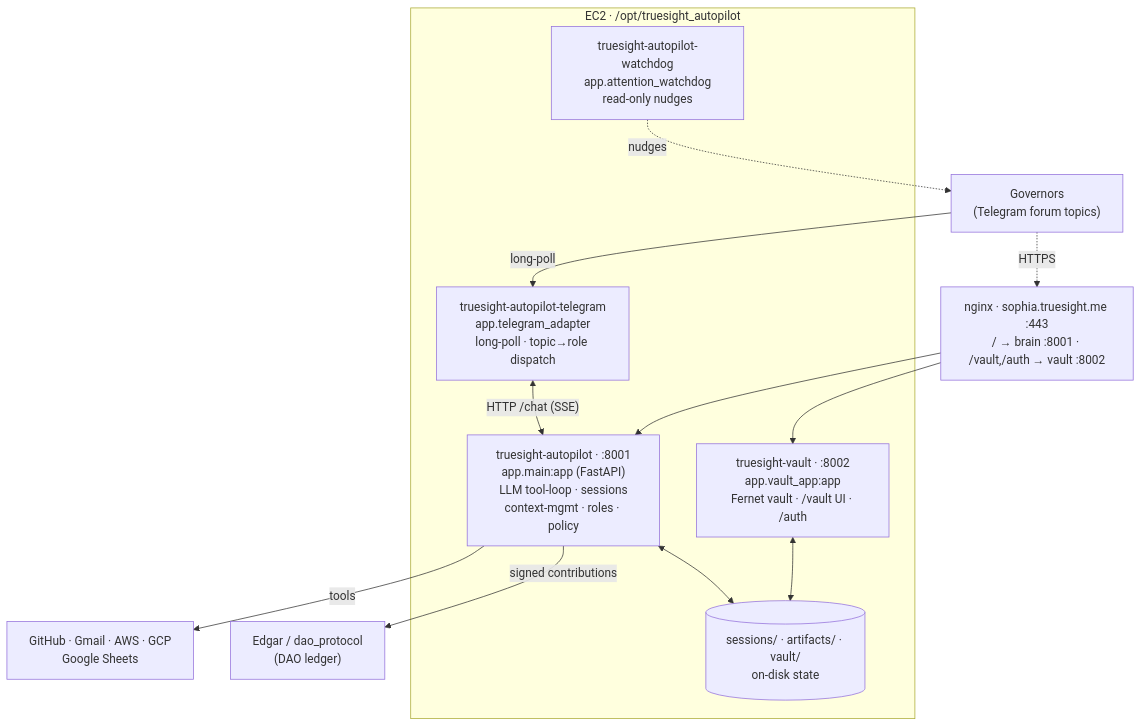
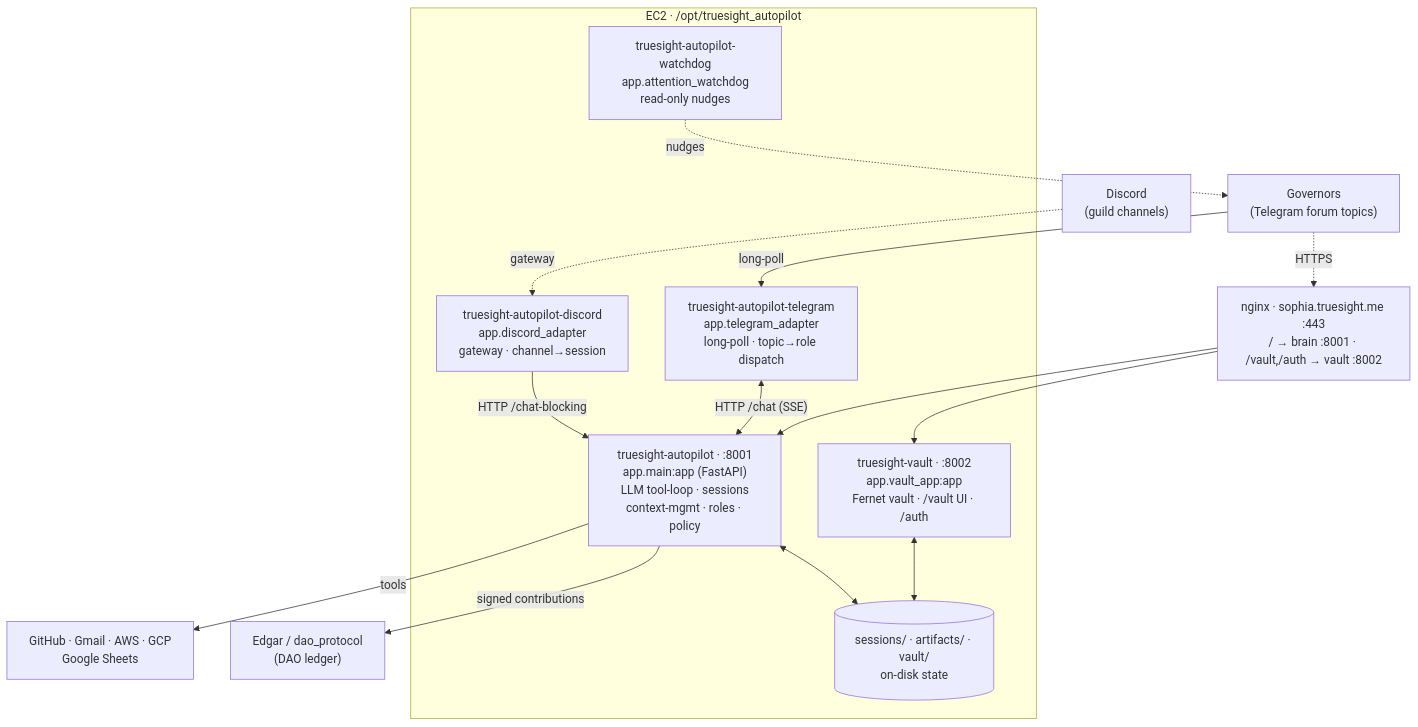
One commit to TrueSightDAO/truesight_autopilot changed the diagram in README.md. Above: the diagram before and after it, drawn with Mermaid. The commit also changed other lines of this file, not shown here.

Commit message:
docs: add Discord adapter to README service table, diagram, layout (#429)

````diff
--- a/README.md
+++ b/README.md
@@ -49,25 +53,28 @@
 ```mermaid
 flowchart TB
     G["Governors<br/>(Telegram forum topics)"]
     NGINX["nginx · sophia.truesight.me :443<br/>/ → brain :8001 · /vault,/auth → vault :8002"]
     subgraph BOX["EC2 · /opt/truesight_autopilot"]
         ADAPTER["truesight-autopilot-telegram<br/>app.telegram_adapter<br/>long-poll · topic→role dispatch"]
+        DISCORD["truesight-autopilot-discord<br/>app.discord_adapter<br/>gateway · channel→session"]
         BRAIN["truesight-autopilot · :8001<br/>app.main:app (FastAPI)<br/>LLM tool-loop · sessions<br/>context-mgmt · roles · policy"]
         WATCH["truesight-autopilot-watchdog<br/>app.attention_watchdog<br/>read-only nudges"]
         VAULT["truesight-vault · :8002<br/>app.vault_app:app<br/>Fernet vault · /vault UI · /auth"]
         DATA[("sessions/ · artifacts/ · vault/<br/>on-disk state")]
     end
     EXT["GitHub · Gmail · AWS · GCP<br/>Google Sheets"]
     EDGAR["Edgar / dao_protocol<br/>(DAO ledger)"]
 
     G -->|long-poll| ADAPTER
+    D["Discord<br/>(guild channels)"] -.->|gateway| DISCORD
     ADAPTER <-->|"HTTP /chat (SSE)"| BRAIN
+    DISCORD -->|"HTTP /chat-blocking"| BRAIN
     G -.->|HTTPS| NGINX
     NGINX --> BRAIN
     NGINX --> VAULT
     BRAIN -->|tools| EXT
     BRAIN -->|signed contributions| EDGAR
     BRAIN <--> DATA
     VAULT <--> DATA
     WATCH -.->|nudges| G
 ```
````
